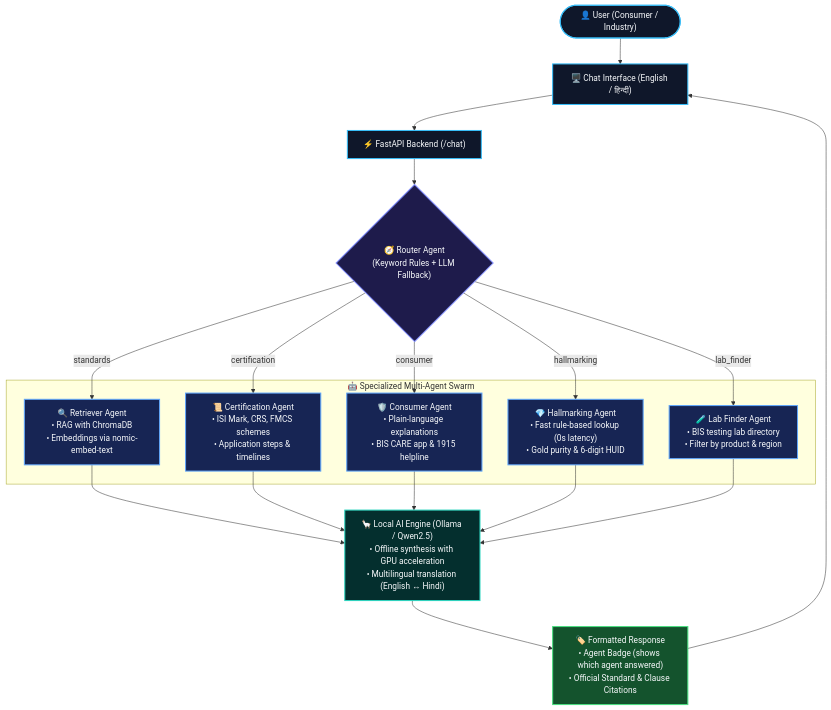
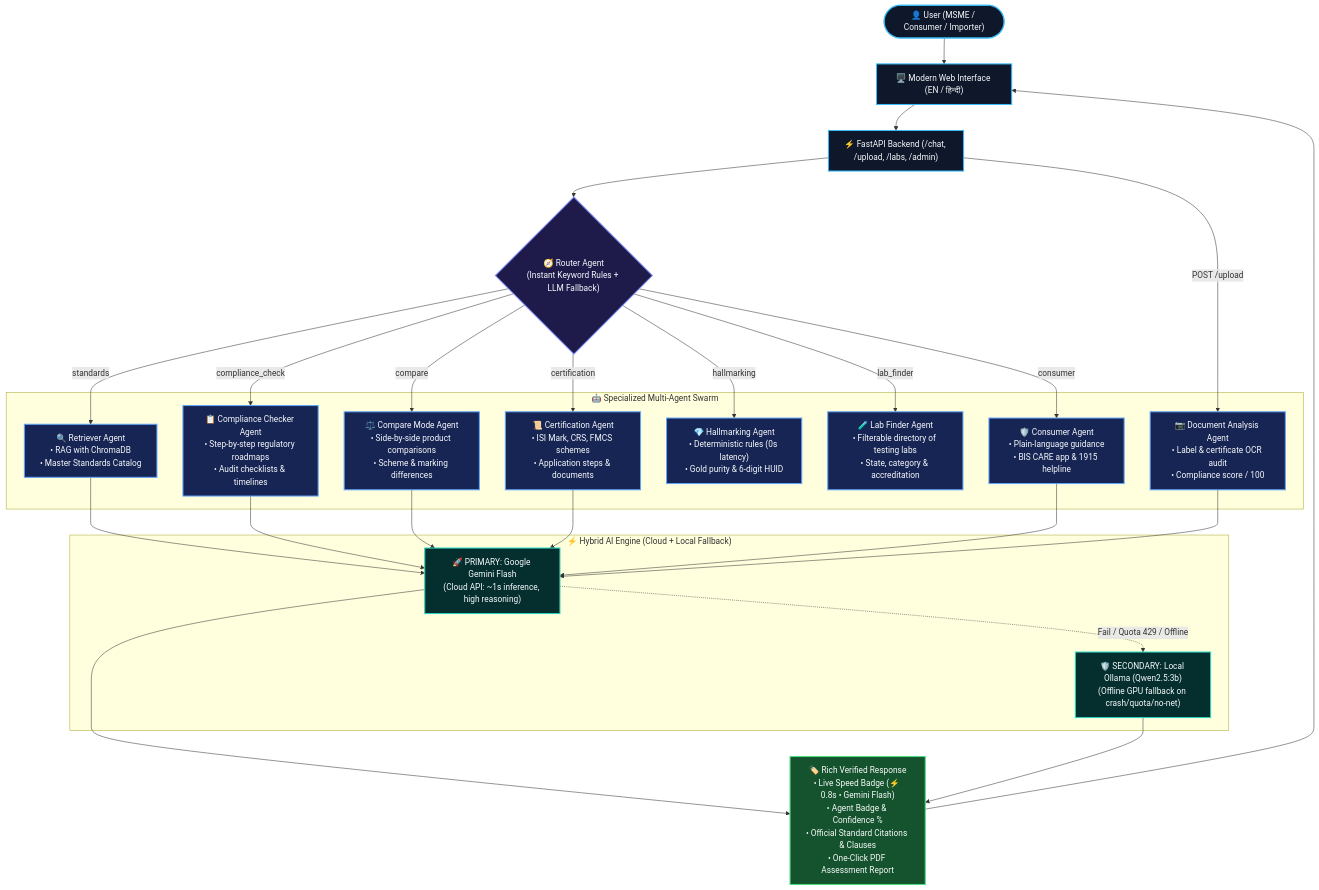
Before and after one commit to harshit5afk/complybot: the diagram in README.md, drawn with Mermaid. The commit also changed other lines of this file, not shown here.

Commit message:
docs: comprehensive judge-ready README with hybrid architecture, catalog, admin portal, and demo script

````diff
--- a/README.md
+++ b/README.md
@@ -11,32 +18,44 @@
 ```mermaid
 flowchart TD
     classDef client fill:#0f172a,stroke:#38bdf8,stroke-width:2px,color:#f8fafc;
     classDef router fill:#1e1b4b,stroke:#818cf8,stroke-width:2px,color:#f8fafc;
     classDef agent fill:#172554,stroke:#60a5fa,stroke-width:2px,color:#f8fafc;
-    classDef ai fill:#042f2e,stroke:#2dd4bf,stroke-width:2px,color:#f8fafc;
+    classDef hybrid fill:#042f2e,stroke:#2dd4bf,stroke-width:2px,color:#f8fafc;
     classDef out fill:#14532d,stroke:#4ade80,stroke-width:2px,color:#f8fafc;
 
-    User(["👤 User (Consumer / Industry)"]):::client --> UI["🖥️ Chat Interface (English / हिन्दी)"]:::client
-    UI --> API["⚡ FastAPI Backend (/chat)"]:::client
+    User(["👤 User (MSME / Consumer / Importer)"]):::client --> UI["🖥️ Modern Web Interface (EN / हिन्दी)"]:::client
+    UI --> API["⚡ FastAPI Backend (/chat, /upload, /labs, /admin)"]:::client
 
-    API --> Router{"🧭 Router Agent<br/>(Keyword Rules + LLM Fallback)"}:::router
+    API --> Router{"🧭 Router Agent<br/>(Instant Keyword Rules + LLM Fallback)"}:::router
 
     subgraph Agents ["🤖 Specialized Multi-Agent Swarm"]
-        A1["🔍 Retriever Agent<br/>• RAG with ChromaDB<br/>• Embeddings via nomic-embed-text"]:::agent
-        A2["📜 Certification Agent<br/>• ISI Mark, CRS, FMCS schemes<br/>• Application steps & timelines"]:::agent
-        A3["🛡️ Consumer Agent<br/>• Plain-language explanations<br/>• BIS CARE app & 1915 helpline"]:::agent
-        A4["💎 Hallmarking Agent<br/>• Fast rule-based lookup (0s latency)<br/>• Gold purity & 6-digit HUID"]:::agent
-        A5["🧪 Lab Finder Agent<br/>• BIS testing lab directory<br/>• Filter by product & region"]:::agent
+        A1["🔍 Retriever Agent<br/>• RAG with ChromaDB<br/>• Master Standards Catalog"]:::agent
+        A2["📋 Compliance Checker Agent<br/>• Step-by-step regulatory roadmaps<br/>• Audit checklists & timelines"]:::agent
+        A3["⚖️ Compare Mode Agent<br/>• Side-by-side product comparisons<br/>• Scheme & marking differences"]:::agent
+        A4["📜 Certification Agent<br/>• ISI Mark, CRS, FMCS schemes<br/>• Application steps & documents"]:::agent
+        A5["💎 Hallmarking Agent<br/>• Deterministic rules (0s latency)<br/>• Gold purity & 6-digit HUID"]:::agent
+        A6["🧪 Lab Finder Agent<br/>• Filterable directory of testing labs<br/>• State, category & accreditation"]:::agent
+        A7["🛡️ Consumer Agent<br/>• Plain-language guidance<br/>• BIS CARE app & 1915 helpline"]:::agent
+        A8["📷 Document Analysis Agent<br/>• Label & certificate OCR audit<br/>• Compliance score / 100"]:::agent
     end
 
     Router -->|"standards"| A1
-    Router -->|"certification"| A2
-    Router -->|"consumer"| A3
-    Router -->|"hallmarking"| A4
-    Router -->|"lab_finder"| A5
+    Router -->|"compliance_check"| A2
+    Router -->|"compare"| A3
+    Router -->|"certification"| A4
+    Router -->|"hallmarking"| A5
+    Router -->|"lab_finder"| A6
+    Router -->|"consumer"| A7
+    API -->|"POST /upload"| A8
 
-    A1 & A2 & A3 & A4 & A5 --> LocalAI["🦙 Local AI Engine (Ollama / Qwen2.5)<br/>• Offline synthesis with GPU acceleration<br/>• Multilingual translation (English ↔ Hindi)"]:::ai
+    subgraph DualEngine ["⚡ Hybrid AI Engine (Cloud + Local Fallback)"]
+        Gemini["🚀 PRIMARY: Google Gemini Flash<br/>(Cloud API: ~1s inference, high reasoning)"]:::hybrid
+        Ollama["🛡️ SECONDARY: Local Ollama (Qwen2.5:3b)<br/>(Offline GPU fallback on crash/quota/no-net)"]:::hybrid
+        Gemini -.->|Fail / Quota 429 / Offline| Ollama
+    end
 
-    LocalAI --> Response["🏷️ Formatted Response<br/>• Agent Badge (shows which agent answered)<br/>• Official Standard & Clause Citations"]:::out
+    A1 & A2 & A3 & A4 & A7 & A8 --> Gemini
+
+    Gemini & Ollama --> Response["🏷️ Rich Verified Response<br/>• Live Speed Badge (⚡ 0.8s • Gemini Flash)<br/>• Agent Badge & Confidence %<br/>• Official Standard Citations & Clauses<br/>• One-Click PDF Assessment Report"]:::out
     Response --> UI
 ```
````
